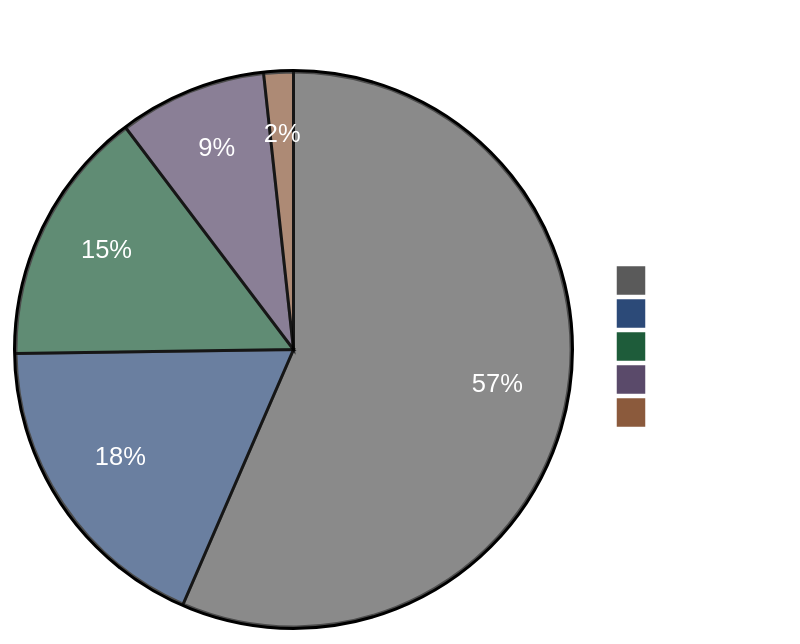
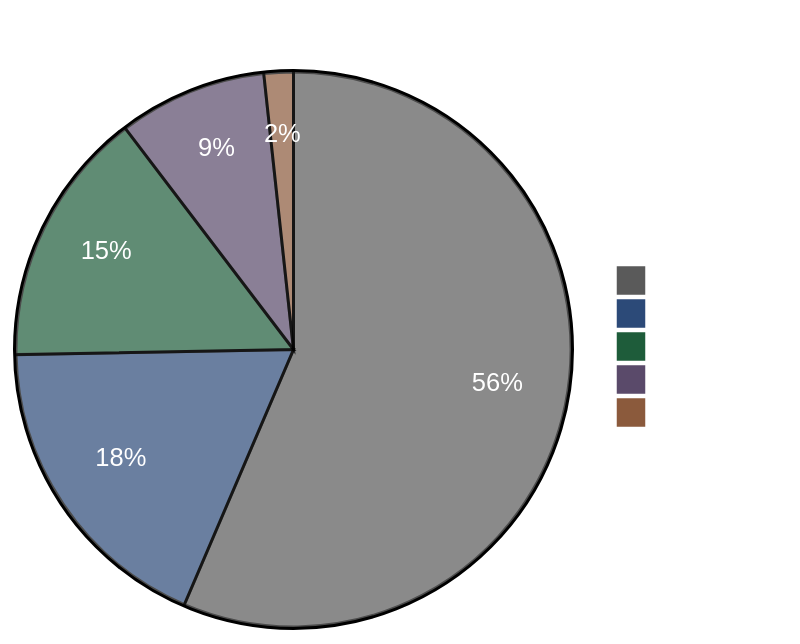
One commit to ccmeteorljh/reco-arxiv-daily changed the diagram in README.md. Above: the diagram before and after it, drawn with Mermaid. The commit also changed other lines of this file and 7 other files, not shown here.

````diff
--- a/README.md
+++ b/README.md
@@ -6,19 +6,19 @@
 ```mermaid
 %%{init: {'theme':'base', 'themeVariables': {
   'pie1':'#5a5a5a',
   'pie2':'#2c4a78',
   'pie3':'#1e5c3a',
   'pie4':'#5a4a6a',
   'pie5':'#8b5a3c',
   'pieTitleTextColor':'#ffffff',
   'pieSectionTextColor':'#ffffff',
   'pieLegendTextColor':'#ffffff'
 }}}%%
 pie showData
 title Paper Distribution by Tag
-  "Other" : 625
-  "LLM" : 202
-  "GR" : 165
-  "Seq" : 95
+  "Other" : 627
+  "LLM" : 203
+  "GR" : 166
+  "Seq" : 96
   "Scaling" : 19
 ```
````
